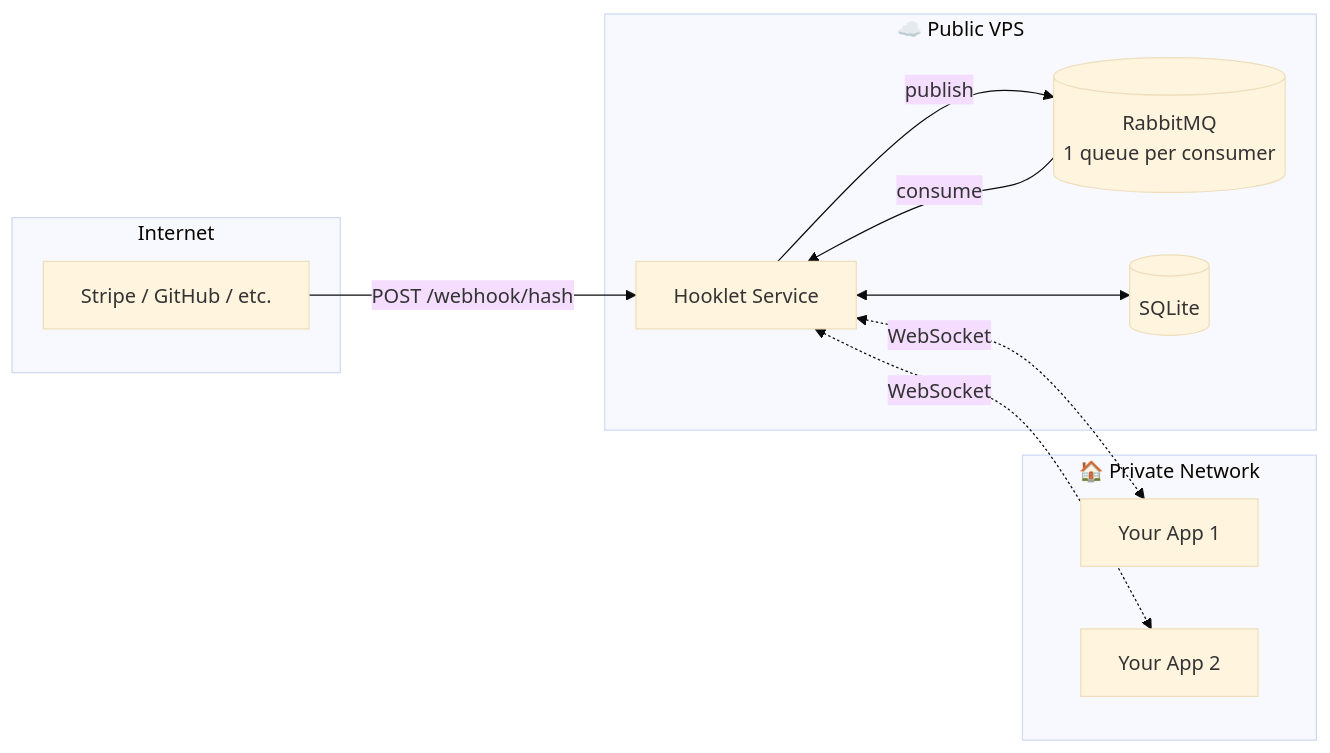
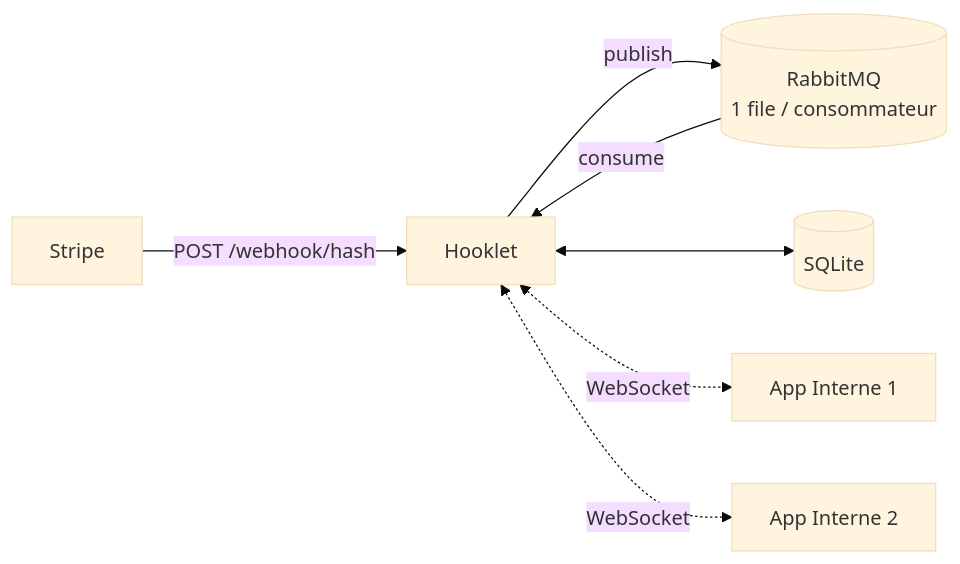
Before and after one commit to z-originales/Hooklet: the diagram in README.md, drawn with Mermaid (base theme). The commit also changed other lines of this file, not shown here.

````diff
--- a/README.md
+++ b/README.md
@@ -262,24 +175,9 @@
 ```mermaid
 flowchart LR
-    subgraph Internet
-        Stripe[Stripe / GitHub / etc.]
-    end
-
-    subgraph VPS["☁️ Public VPS"]
-        Hooklet[Hooklet Service]
-        RabbitMQ[("RabbitMQ<br/>1 queue per consumer")]
-        SQLite[(SQLite)]
-    end
-
-    subgraph Private["🏠 Private Network"]
-        App1[Your App 1]
-        App2[Your App 2]
-    end
-
     Stripe -->|POST /webhook/hash| Hooklet
-    Hooklet -->|publish| RabbitMQ
+    Hooklet -->|publish| RabbitMQ[("RabbitMQ\n1 file / consommateur")]
     RabbitMQ -->|consume| Hooklet
-    Hooklet <--> SQLite
-    Hooklet <-.->|WebSocket| App1
-    Hooklet <-.->|WebSocket| App2
+    Hooklet <--> SQLite[(SQLite)]
+    Hooklet <-.->|WebSocket| App1[App Interne 1]
+    Hooklet <-.->|WebSocket| App2[App Interne 2]
 ```
````
